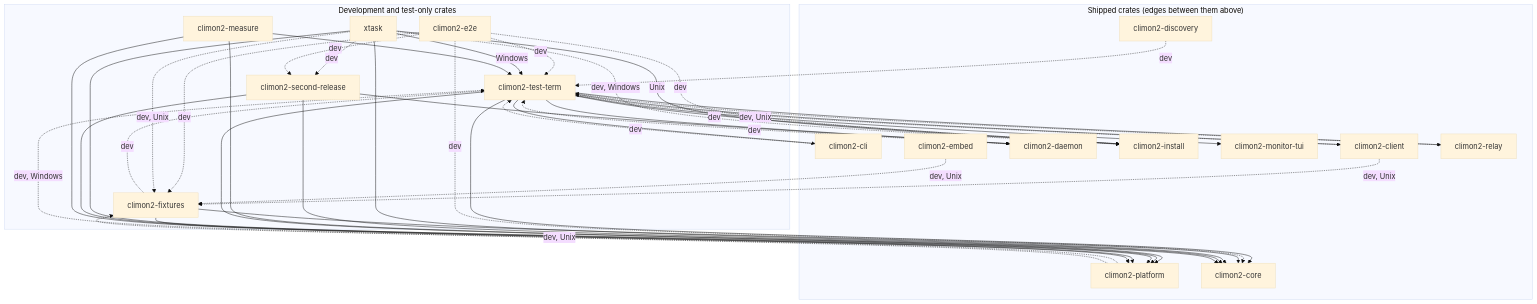
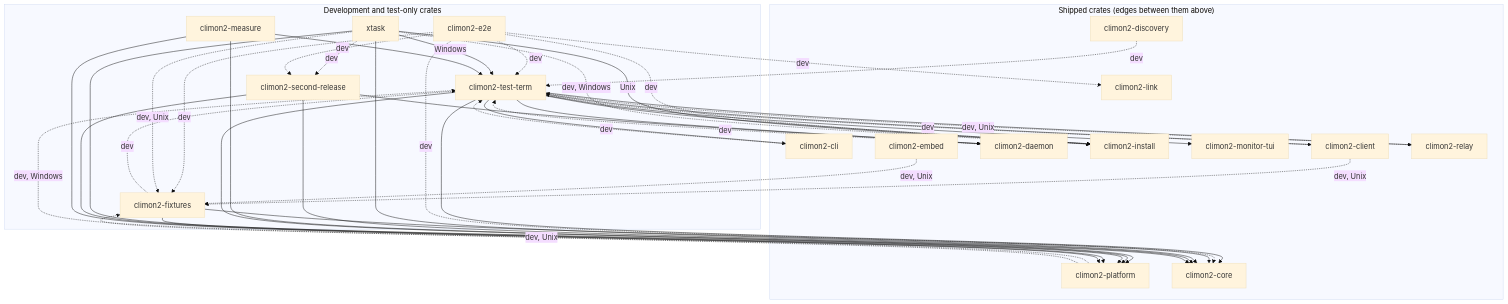
One commit to jackgeek/climon2 changed the third of 3 diagrams in docs/for-humans/architecture/crate-relationships.md. Above: the diagram before and after it, drawn with Mermaid (base theme). The commit also changed other lines of this file and 10 other files, not shown here.

````diff
--- a/docs/for-humans/architecture/crate-relationships.md
+++ b/docs/for-humans/architecture/crate-relationships.md
@@ -124,63 +124,65 @@
 ```mermaid
 flowchart TB
     subgraph development["Development and test-only crates"]
         test_term["climon2-test-term"]
         e2e["climon2-e2e"]
         fixtures["climon2-fixtures"]
         xtask["xtask"]
         second["climon2-second-release"]
         measure["climon2-measure"]
     end
 
     subgraph shipped["Shipped crates (edges between them above)"]
         cli["climon2-cli"]
         discovery["climon2-discovery"]
         client["climon2-client"]
         daemon["climon2-daemon"]
         install["climon2-install"]
         tui["climon2-monitor-tui"]
         embed["climon2-embed"]
         relay["climon2-relay"]
+        link["climon2-link"]
         platform["climon2-platform"]
         core["climon2-core"]
     end
 
     cli -.->|"dev"| test_term
     discovery -.->|"dev"| test_term
     client -.->|"dev"| test_term
     daemon -.->|"dev"| test_term
     test_term --> cli
     test_term --> client
     test_term --> core
     test_term --> daemon
     test_term --> install
     test_term --> tui
     test_term --> platform
     test_term --> relay
     relay -.->|"dev, Unix"| test_term
     e2e -.->|"dev"| core
     e2e -.->|"dev"| fixtures
     e2e -.->|"dev"| install
+    e2e -.->|"dev"| link
     e2e -.->|"dev"| test_term
     fixtures --> core
     fixtures --> platform
     fixtures -.->|"dev"| test_term
     platform -.->|"dev, Unix"| fixtures
     platform -.->|"dev, Windows"| test_term
     client -.->|"dev, Unix"| fixtures
     embed -.->|"dev, Unix"| fixtures
     xtask --> core
     xtask -->|"Unix"| install
     xtask -.->|"dev, Windows"| install
     xtask -->|"Windows"| test_term
     xtask --> platform
     xtask -.->|"dev, Unix"| fixtures
     xtask -.->|"dev"| second
     e2e -.->|"dev"| second
     second --> core
     second --> daemon
     second --> platform
     measure --> core
     measure --> platform
     measure --> test_term
 ```
````
